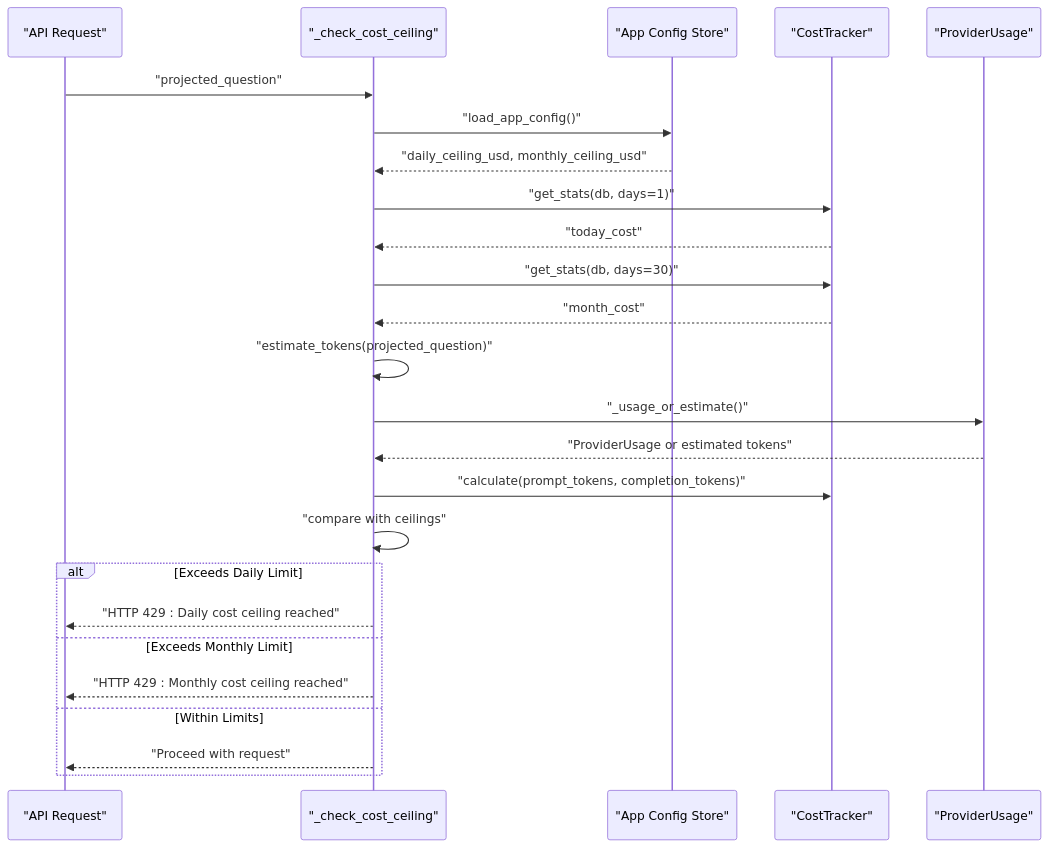
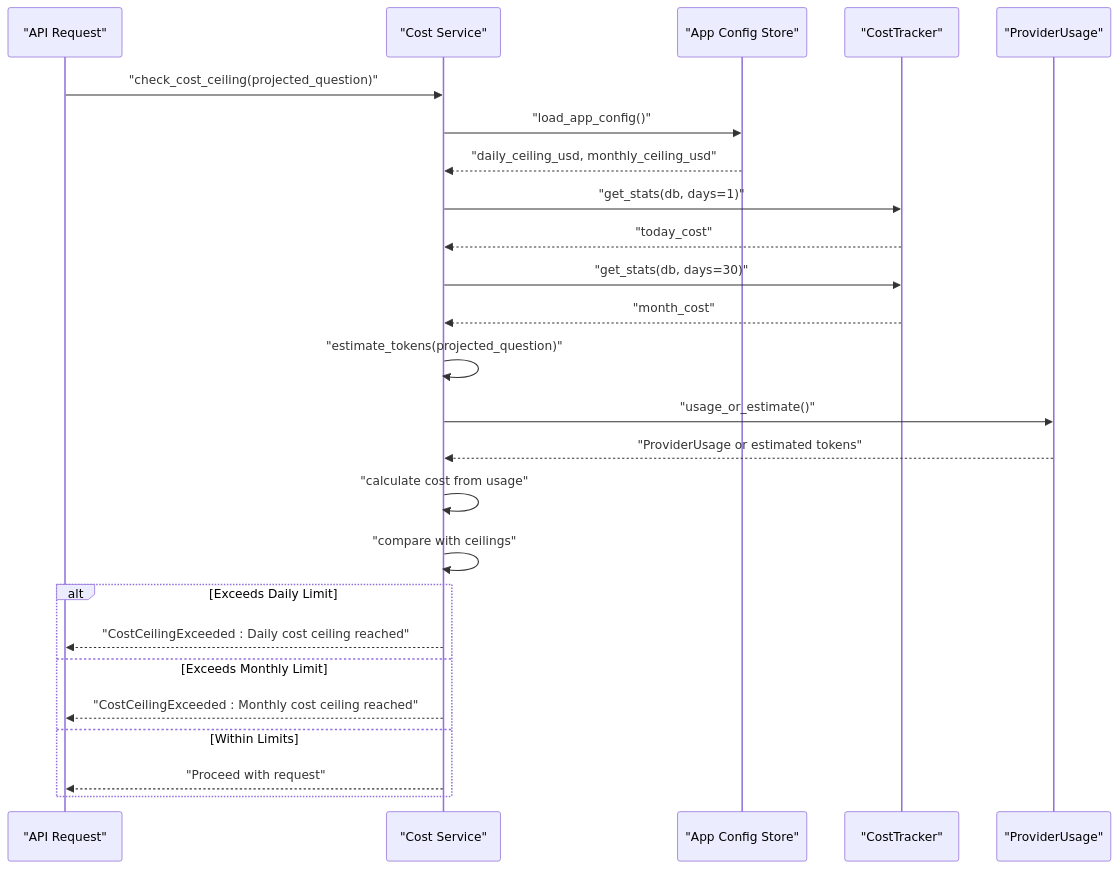
Before and after one commit to genes8/private-ai: the seventh of 14 diagrams in .qoder/repowiki/en/content/Observability and Monitoring/Cost Tracking and Usage Analytics.md, drawn with Mermaid. The commit also changed other lines of this file and 55 other files, not shown here.

````diff
--- a/.qoder/repowiki/en/content/Observability and Monitoring/Cost Tracking and Usage Analytics.md
+++ b/.qoder/repowiki/en/content/Observability and Monitoring/Cost Tracking and Usage Analytics.md
@@ -366,27 +427,27 @@
 ```mermaid
 sequenceDiagram
 participant API as "API Request"
-participant Checker as "_check_cost_ceiling"
+participant Service as "Cost Service"
 participant Config as "App Config Store"
 participant Tracker as "CostTracker"
 participant Usage as "ProviderUsage"
-API->>Checker : "projected_question"
-Checker->>Config : "load_app_config()"
-Config-->>Checker : "daily_ceiling_usd, monthly_ceiling_usd"
-Checker->>Tracker : "get_stats(db, days=1)"
-Tracker-->>Checker : "today_cost"
-Checker->>Tracker : "get_stats(db, days=30)"
-Tracker-->>Checker : "month_cost"
-Checker->>Checker : "estimate_tokens(projected_question)"
-Checker->>Usage : "_usage_or_estimate()"
-Usage-->>Checker : "ProviderUsage or estimated tokens"
-Checker->>Tracker : "calculate(prompt_tokens, completion_tokens)"
-Checker->>Checker : "compare with ceilings"
+API->>Service : "check_cost_ceiling(projected_question)"
+Service->>Config : "load_app_config()"
+Config-->>Service : "daily_ceiling_usd, monthly_ceiling_usd"
+Service->>Tracker : "get_stats(db, days=1)"
+Tracker-->>Service : "today_cost"
+Service->>Tracker : "get_stats(db, days=30)"
+Tracker-->>Service : "month_cost"
+Service->>Service : "estimate_tokens(projected_question)"
+Service->>Usage : "usage_or_estimate()"
+Usage-->>Service : "ProviderUsage or estimated tokens"
+Service->>Service : "calculate cost from usage"
+Service->>Service : "compare with ceilings"
 alt Exceeds Daily Limit
-Checker-->>API : "HTTP 429 : Daily cost ceiling reached"
+Service-->>API : "CostCeilingExceeded : Daily cost ceiling reached"
 else Exceeds Monthly Limit
-Checker-->>API : "HTTP 429 : Monthly cost ceiling reached"
+Service-->>API : "CostCeilingExceeded : Monthly cost ceiling reached"
 else Within Limits
-Checker-->>API : "Proceed with request"
+Service-->>API : "Proceed with request"
 end
 ```
````
